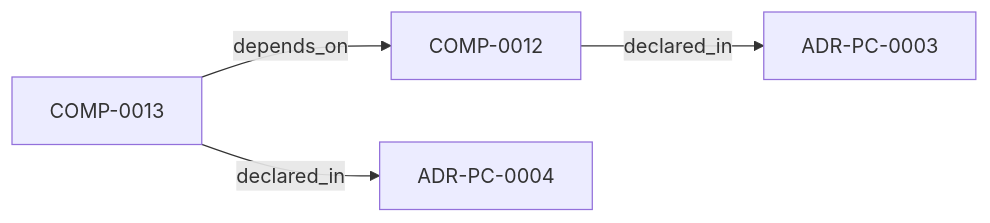
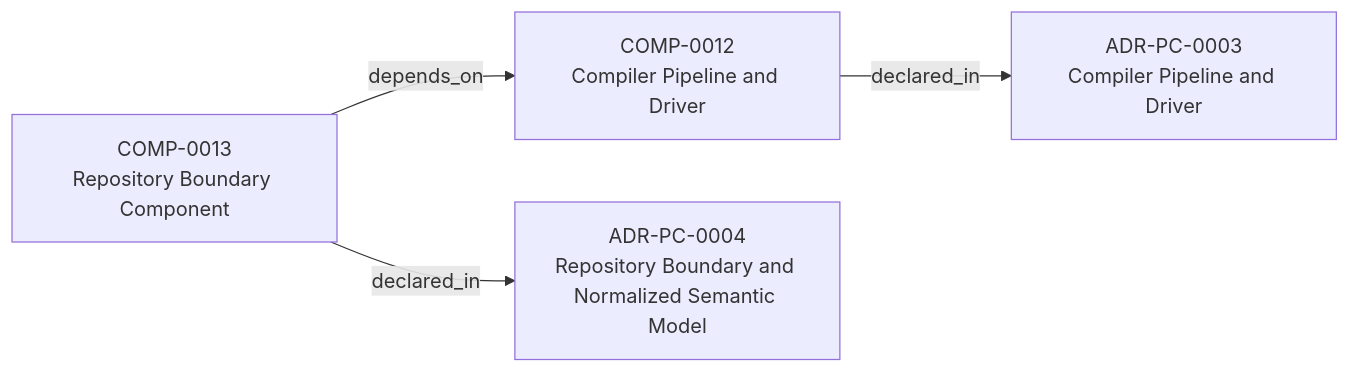
The first of 3 diagrams in adrs/adr-projection/physical-component/ADR-PC-0004-repository-boundary-and-normalized-semantic-model.md (egallmann/adr-architecture-kit), drawn with Mermaid before and after one commit. The commit also changed other lines of this file and 35 other files, not shown here.

````diff
--- a/adrs/adr-projection/physical-component/ADR-PC-0004-repository-boundary-and-normalized-semantic-model.md
+++ b/adrs/adr-projection/physical-component/ADR-PC-0004-repository-boundary-and-normalized-semantic-model.md
@@ -30,10 +57,10 @@
 ```mermaid
 flowchart LR
-  n_019fee89_e617_76ad_9336_b3615a6e4bde["COMP-0012"]
-  n_019fee89_e618_73ce_aa2d_101276d64e33["ADR-PC-0004"]
-  n_019fee89_e618_74d1_9a1f_37e2c2982a51["COMP-0013"]
-  n_019fee89_e618_7b76_843f_cfe21ceb2ea6["ADR-PC-0003"]
+  n_019fee89_e617_76ad_9336_b3615a6e4bde["COMP-0012<br/>Compiler Pipeline and Driver"]
+  n_019fee89_e618_73ce_aa2d_101276d64e33["ADR-PC-0004<br/>Repository Boundary and Normalized Semantic Model"]
+  n_019fee89_e618_74d1_9a1f_37e2c2982a51["COMP-0013<br/>Repository Boundary Component"]
+  n_019fee89_e618_7b76_843f_cfe21ceb2ea6["ADR-PC-0003<br/>Compiler Pipeline and Driver"]
   n_019fee89_e617_76ad_9336_b3615a6e4bde -->|"declared_in"| n_019fee89_e618_7b76_843f_cfe21ceb2ea6
   n_019fee89_e618_74d1_9a1f_37e2c2982a51 -->|"declared_in"| n_019fee89_e618_73ce_aa2d_101276d64e33
   n_019fee89_e618_74d1_9a1f_37e2c2982a51 -->|"depends_on"| n_019fee89_e617_76ad_9336_b3615a6e4bde
 ```
````
